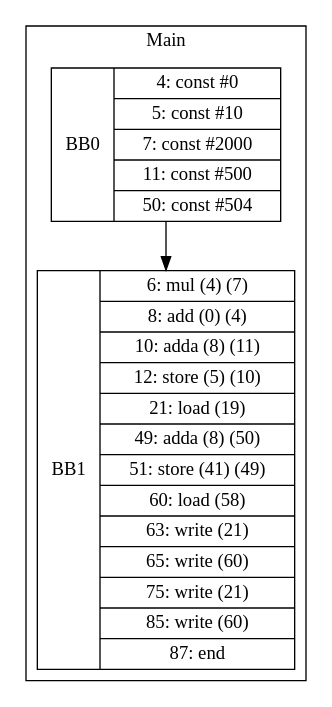
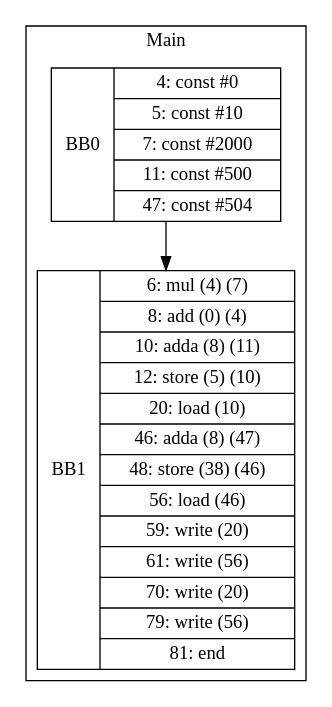
Before and after one commit to zjc664656505/UCI-CS241-Advanced-Compiler-main: the diagram in visualization/Hongyu/array/test3.gv, drawn with Graphviz. The commit also changed 40 other files, not shown here.

```diff
--- a/visualization/Hongyu/array/test3.gv
+++ b/visualization/Hongyu/array/test3.gv
@@ -1,9 +1,9 @@
 digraph G {
 node [shape=record];
 subgraph cluster_main{
 label = "Main";
-BB0 [shape=record, label="<b>BB0|{4: const #0|5: const #10|7: const #2000|11: const #500|50: const #504}"];
-BB1 [shape=record, label="<b>BB1|{6: mul (4) (7)|8: add (0) (4)|10: adda (8) (11)|12: store (5) (10)|21: load (19)|49: adda (8) (50)|51: store (41) (49)|60: load (58)|63: write (21)|65: write (60)|75: write (21)|85: write (60)|87: end}"];
+BB0 [shape=record, label="<b>BB0|{4: const #0|5: const #10|7: const #2000|11: const #500|47: const #504}"];
+BB1 [shape=record, label="<b>BB1|{6: mul (4) (7)|8: add (0) (4)|10: adda (8) (11)|12: store (5) (10)|20: load (10)|46: adda (8) (47)|48: store (38) (46)|56: load (46)|59: write (20)|61: write (56)|70: write (20)|79: write (56)|81: end}"];
 }
 BB0:s -> BB1:n ;
 }
```
